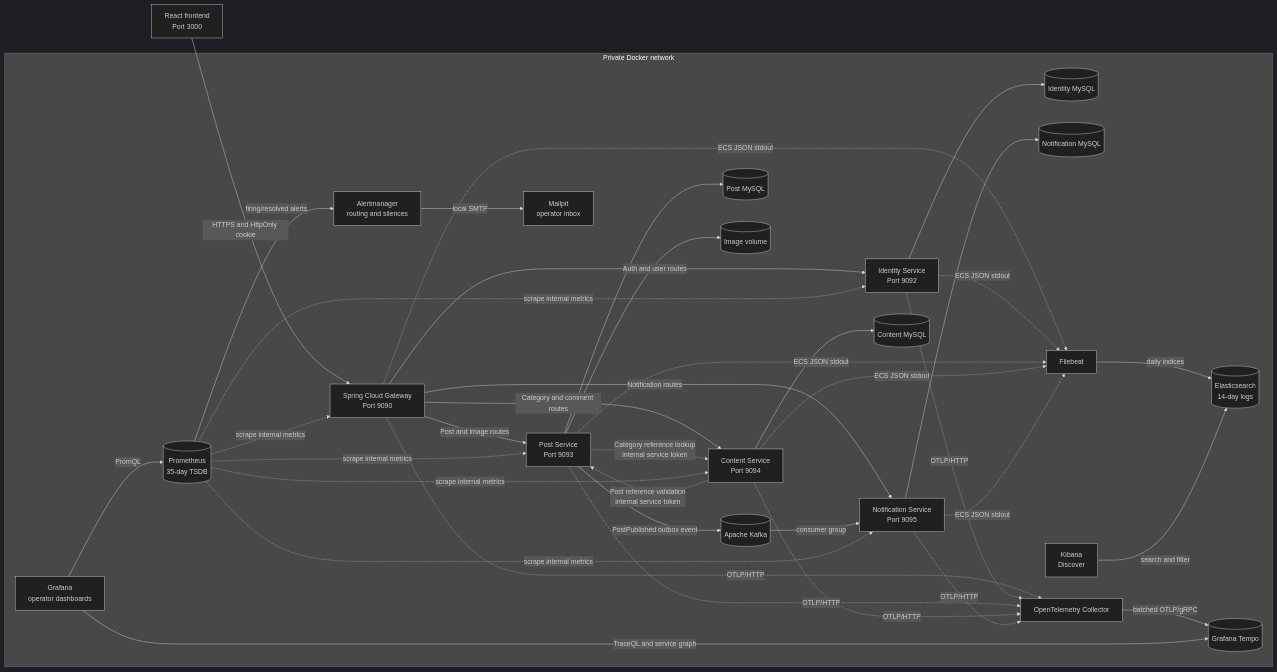
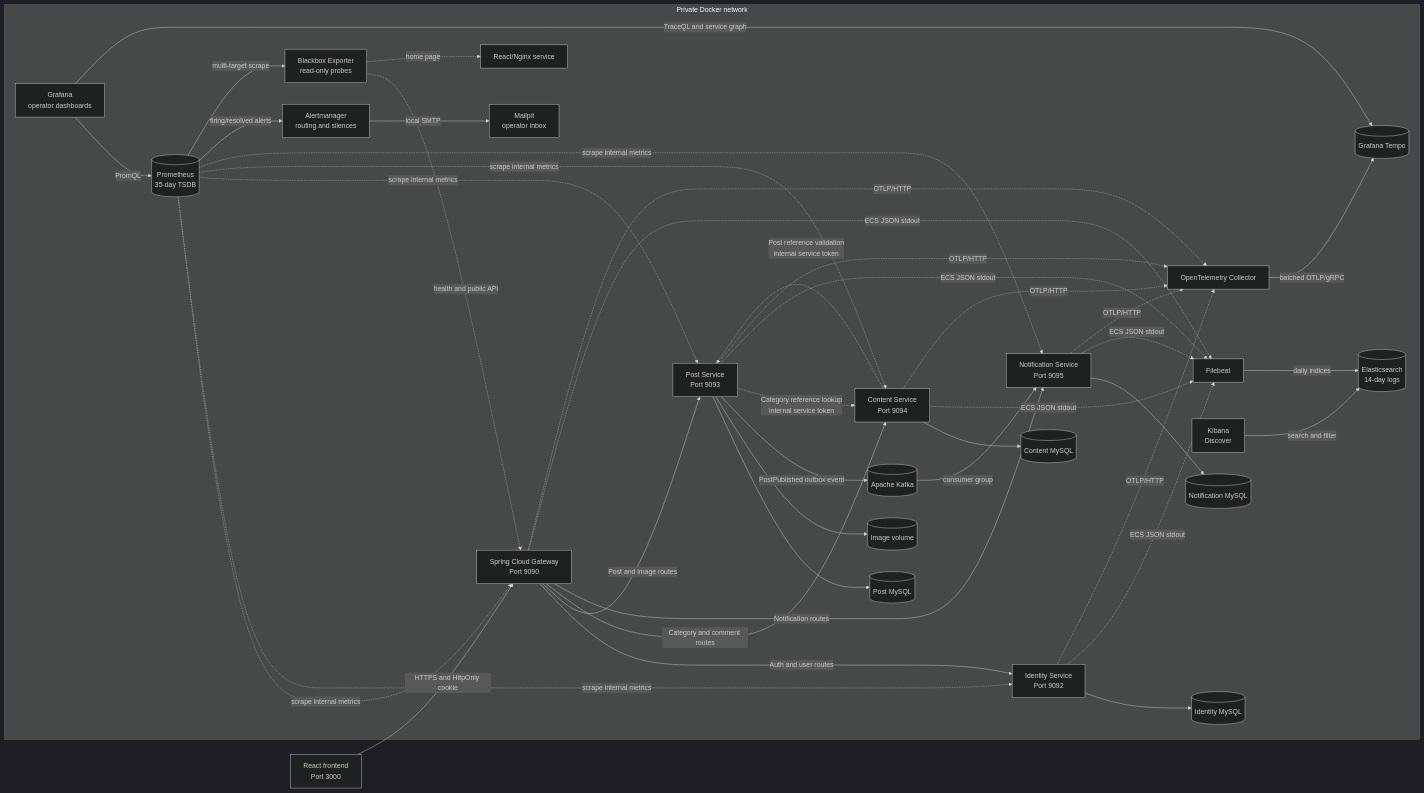
One commit to studywithdanish/microservices-backend changed the first of 2 diagrams in docs/architecture.md. Above: the diagram before and after it, drawn with Mermaid (dark theme). The commit also changed other lines of this file and 24 other files, not shown here.

````diff
--- a/docs/architecture.md
+++ b/docs/architecture.md
@@ -7,45 +7,48 @@
 ```mermaid
 flowchart LR
     Browser[React frontend<br/>Port 3000] -->|HTTPS and HttpOnly cookie| Gateway[Spring Cloud Gateway<br/>Port 9090]
 
     subgraph Private Docker network
         Gateway -->|Auth and user routes| Identity[Identity Service<br/>Port 9092]
         Gateway -->|Post and image routes| Post[Post Service<br/>Port 9093]
         Gateway -->|Category and comment routes| Content[Content Service<br/>Port 9094]
         Gateway -->|Notification routes| Notification[Notification Service<br/>Port 9095]
 
         Identity --> IdentityDb[(Identity MySQL)]
         Post --> PostDb[(Post MySQL)]
         Post --> Images[(Image volume)]
         Content --> ContentDb[(Content MySQL)]
         Notification --> NotificationDb[(Notification MySQL)]
         Post -->|PostPublished outbox event| Kafka[(Apache Kafka)]
         Kafka -->|consumer group| Notification
 
         Post -.->|Category reference lookup<br/>internal service token| Content
         Content -.->|Post reference validation<br/>internal service token| Post
 
         Prometheus[(Prometheus<br/>35-day TSDB)] -.->|scrape internal metrics| Gateway
         Prometheus -.->|scrape internal metrics| Identity
         Prometheus -.->|scrape internal metrics| Post
         Prometheus -.->|scrape internal metrics| Content
         Prometheus -.->|scrape internal metrics| Notification
         Grafana[Grafana<br/>operator dashboards] -->|PromQL| Prometheus
         Prometheus -->|firing/resolved alerts| Alertmanager[Alertmanager<br/>routing and silences]
+        Prometheus -->|multi-target scrape| Blackbox[Blackbox Exporter<br/>read-only probes]
+        Blackbox -.->|health and public API| Gateway
+        Blackbox -.->|home page| FrontendProbe[React/Nginx service]
         Alertmanager -->|local SMTP| Mailpit[Mailpit<br/>operator inbox]
         Gateway -.->|ECS JSON stdout| Filebeat[Filebeat]
         Identity -.->|ECS JSON stdout| Filebeat
         Post -.->|ECS JSON stdout| Filebeat
         Content -.->|ECS JSON stdout| Filebeat
         Notification -.->|ECS JSON stdout| Filebeat
         Filebeat -->|daily indices| Elasticsearch[(Elasticsearch<br/>14-day logs)]
         Kibana[Kibana<br/>Discover] -->|search and filter| Elasticsearch
         Gateway -.->|OTLP/HTTP| Collector[OpenTelemetry Collector]
         Identity -.->|OTLP/HTTP| Collector
         Post -.->|OTLP/HTTP| Collector
         Content -.->|OTLP/HTTP| Collector
         Notification -.->|OTLP/HTTP| Collector
         Collector -->|batched OTLP/gRPC| Tempo[(Grafana Tempo)]
         Grafana -->|TraceQL and service graph| Tempo
     end
 ```
````
